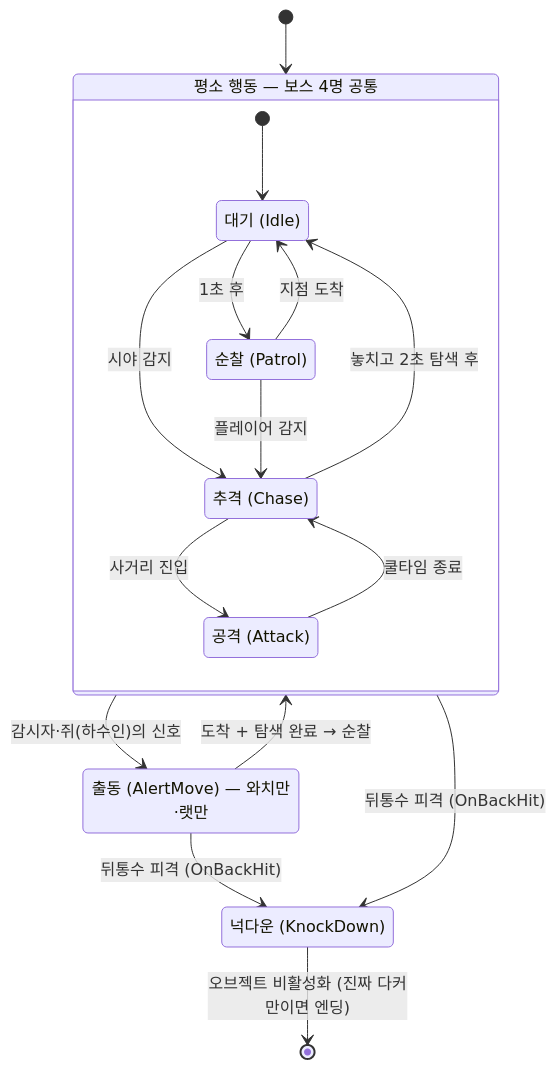
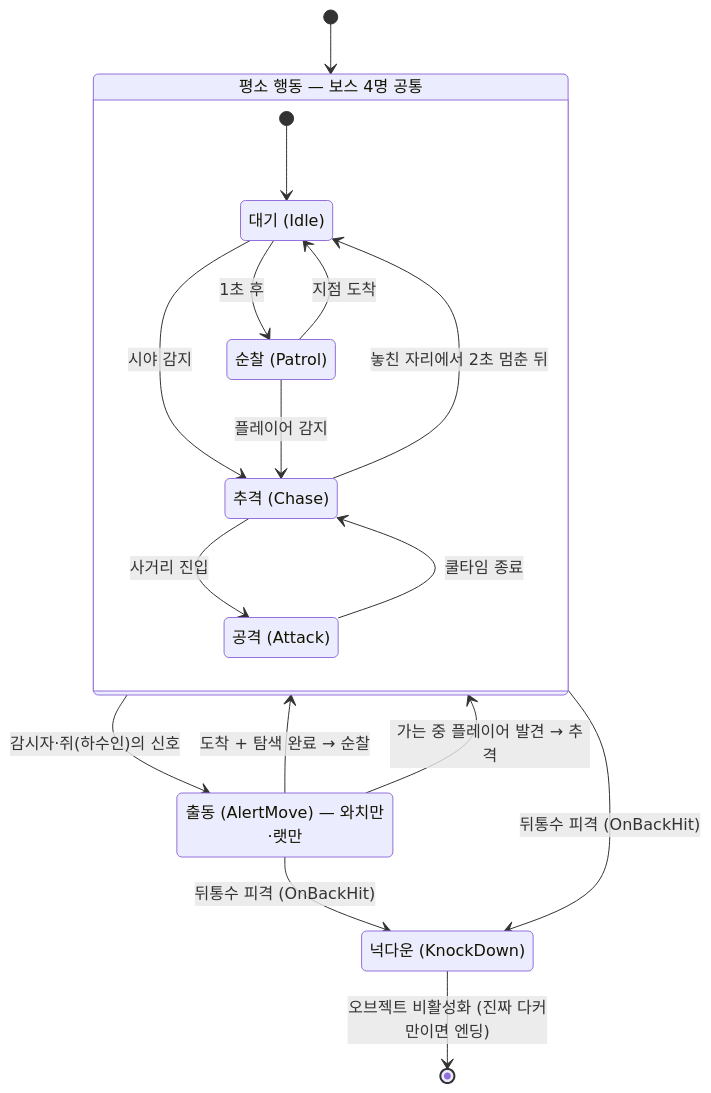
The fourth of 5 diagrams in src/1-watch-your-back/기술문서.md (pinkshield/portfolio), drawn with Mermaid before and after one commit. The commit also changed other lines of this file and 1 other file, not shown here.

````diff
--- a/src/1-watch-your-back/기술문서.md
+++ b/src/1-watch-your-back/기술문서.md
@@ -206,26 +343,27 @@
 ```mermaid
 stateDiagram-v2
     direction TB
     state "평소 행동 — 보스 4명 공통" as Normal {
         state "대기 (Idle)" as Idle
         state "순찰 (Patrol)" as Patrol
         state "추격 (Chase)" as Chase
         state "공격 (Attack)" as Attack
         [*] --> Idle
         Idle --> Patrol : 1초 후
         Idle --> Chase : 시야 감지
         Patrol --> Idle : 지점 도착
         Patrol --> Chase : 플레이어 감지
         Chase --> Attack : 사거리 진입
         Attack --> Chase : 쿨타임 종료
-        Chase --> Idle : 놓치고 2초 탐색 후
+        Chase --> Idle : 놓친 자리에서 2초 멈춘 뒤
     }
     state "출동 (AlertMove) — 와치만·랫만" as AlertMove
     state "넉다운 (KnockDown)" as KnockDown
     [*] --> Normal
     Normal --> AlertMove : 감시자·쥐(하수인)의 신호
     AlertMove --> Normal : 도착 + 탐색 완료 → 순찰
+    AlertMove --> Normal : 가는 중 플레이어 발견 → 추격
     Normal --> KnockDown : 뒤통수 피격 (OnBackHit)
     AlertMove --> KnockDown : 뒤통수 피격 (OnBackHit)
     KnockDown --> [*] : 오브젝트 비활성화 (진짜 다커만이면 엔딩)
 ```
````
